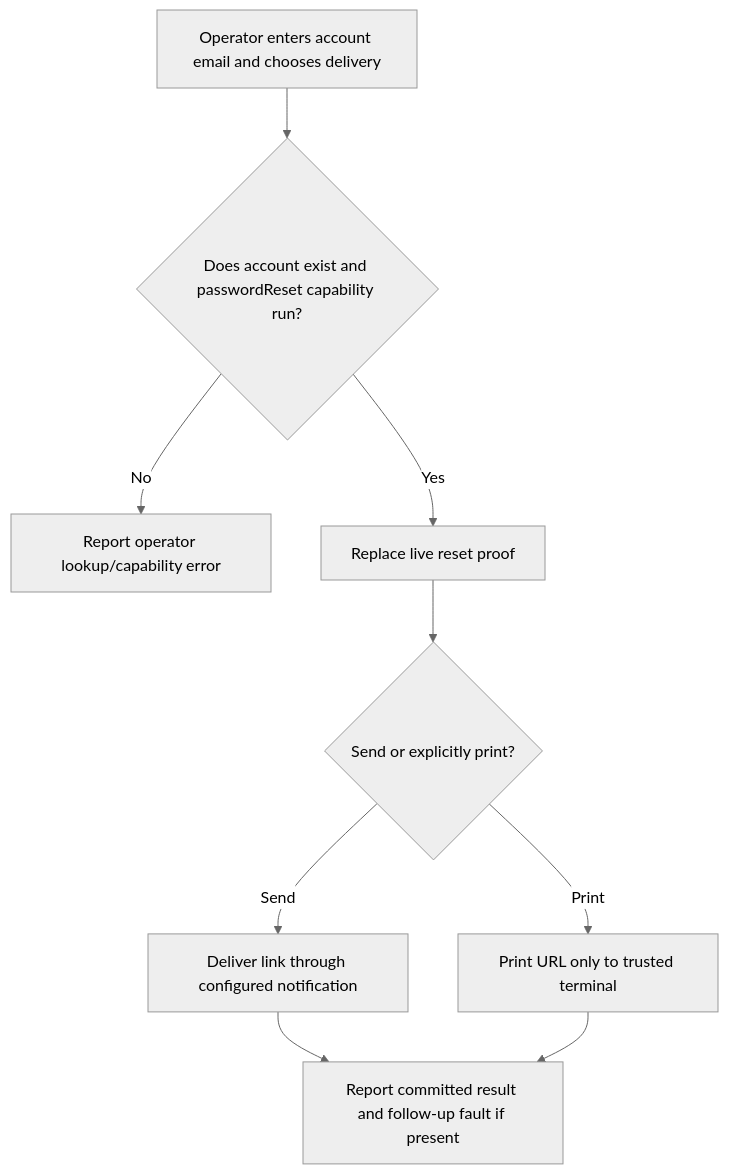
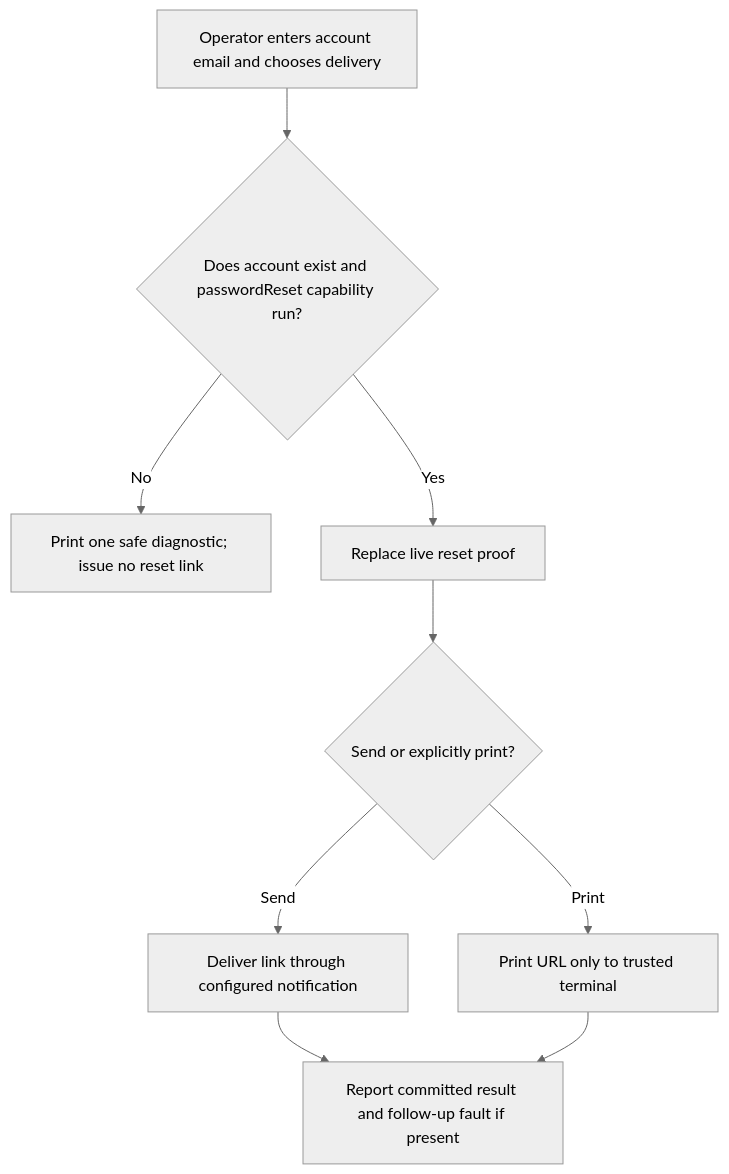
The first of 2 diagrams in user-stories/US-ACCOUNT-52-issue-reset-link-as-operator.md (Kevinjohn/oss-adonisjs-account-kit), drawn with Mermaid (neutral theme) before and after one commit. The commit also changed other lines of this file and 21 other files, not shown here.

Commit message:
Retain and safely report Ace operator failures

````diff
--- a/user-stories/US-ACCOUNT-52-issue-reset-link-as-operator.md
+++ b/user-stories/US-ACCOUNT-52-issue-reset-link-as-operator.md
@@ -19,11 +20,11 @@
 ```mermaid
 flowchart TD
  A["Operator enters account email and chooses delivery"] --> B{"Does account exist and passwordReset capability run?"}
- B -->|No| C["Report operator lookup/capability error"]
+ B -->|No| C["Print one safe diagnostic; issue no reset link"]
  B -->|Yes| D["Replace live reset proof"]
  D --> E{"Send or explicitly print?"}
  E -->|Send| F["Deliver link through configured notification"]
  E -->|Print| G["Print URL only to trusted terminal"]
  F --> H["Report committed result and follow-up fault if present"]
  G --> H
 ```
````
